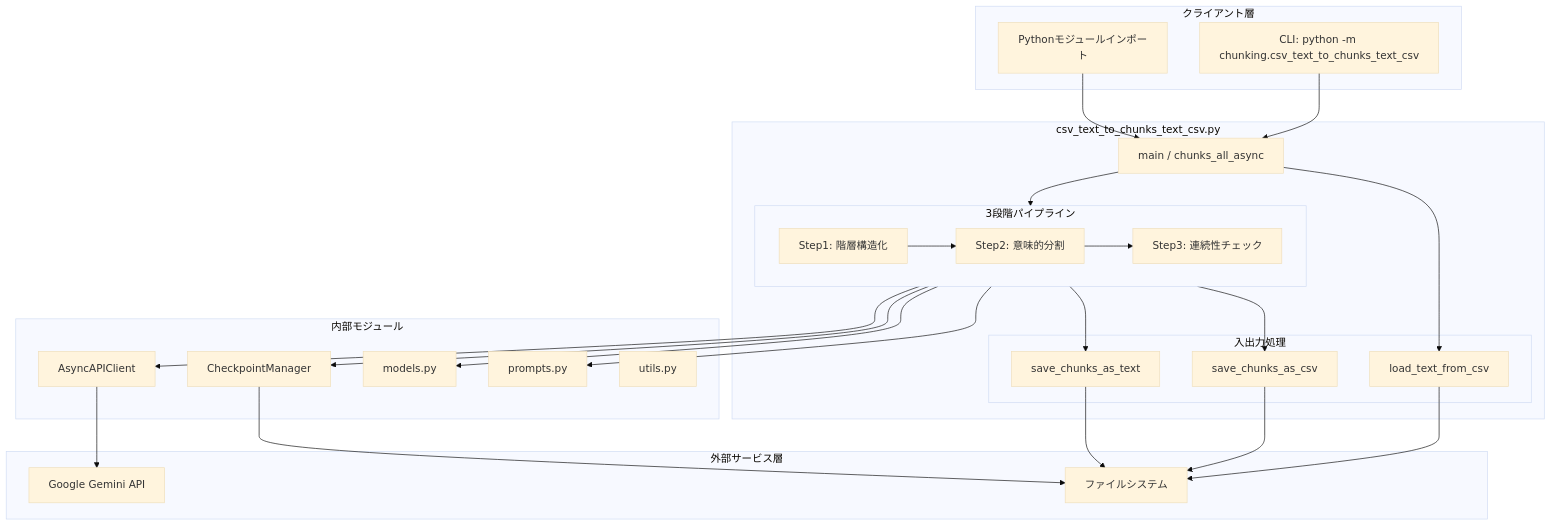
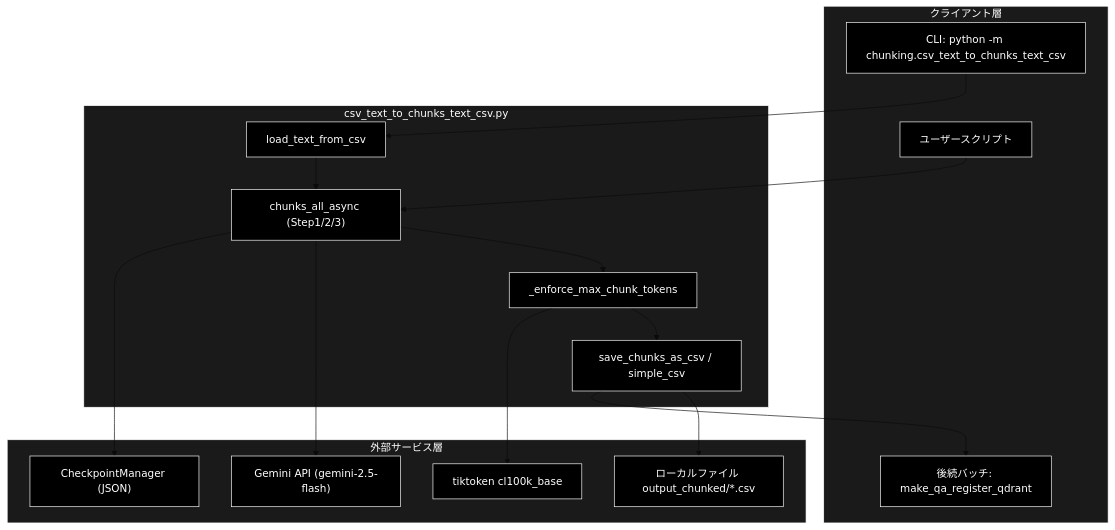
One commit to nakashima2toshio/anthropic_grace_agent_v2 changed the first of 3 diagrams in chunking/doc/csv_text_to_chunks_text_csv.md. Above: the diagram before and after it, drawn with Mermaid (base theme). The commit also changed other lines of this file and 4 other files, not shown here.

````diff
--- a/chunking/doc/csv_text_to_chunks_text_csv.md
+++ b/chunking/doc/csv_text_to_chunks_text_csv.md
@@ -58,57 +76,39 @@
 ```mermaid
 flowchart TB
     subgraph CLIENT["クライアント層"]
-        CLI[CLI: python -m chunking.csv_text_to_chunks_text_csv]
-        IMPORT[Pythonモジュールインポート]
+        CLI["CLI: python -m chunking.csv_text_to_chunks_text_csv"]
+        PIPE["後続バッチ: make_qa_register_qdrant"]
+        USER["ユーザースクリプト"]
     end
 
     subgraph MODULE["csv_text_to_chunks_text_csv.py"]
-        MAIN[main / chunks_all_async]
-
-        subgraph PIPELINE["3段階パイプライン"]
-            STEP1[Step1: 階層構造化]
-            STEP2[Step2: 意味的分割]
-            STEP3[Step3: 連続性チェック]
-        end
-
-        subgraph IO["入出力処理"]
-            LOAD[load_text_from_csv]
-            SAVE_CSV[save_chunks_as_csv]
-            SAVE_TXT[save_chunks_as_text]
-        end
-    end
-
-    subgraph INTERNAL["内部モジュール"]
-        API_CLIENT[AsyncAPIClient]
-        CHECKPOINT[CheckpointManager]
-        MODELS[models.py]
-        PROMPTS[prompts.py]
-        UTILS[utils.py]
+        LOAD["load_text_from_csv"]
+        PIPELINE["chunks_all_async (Step1/2/3)"]
+        ENFORCE["_enforce_max_chunk_tokens"]
+        SAVE["save_chunks_as_csv / simple_csv"]
     end
 
     subgraph EXTERNAL["外部サービス層"]
-        GEMINI[Google Gemini API]
-        FS[ファイルシステム]
+        LLM["Gemini API (gemini-2.5-flash)"]
+        TIKTOKEN["tiktoken cl100k_base"]
+        FS["ローカルファイル output_chunked/*.csv"]
+        CKPT["CheckpointManager (JSON)"]
     end
 
-    CLI --> MAIN
-    IMPORT --> MAIN
-    MAIN --> LOAD
-    MAIN --> PIPELINE
-    PIPELINE --> SAVE_CSV
-    PIPELINE --> SAVE_TXT
-
-    STEP1 --> STEP2
-    STEP2 --> STEP3
-
-    PIPELINE --> API_CLIENT
-    PIPELINE --> CHECKPOINT
-    PIPELINE --> MODELS
-    PIPELINE --> PROMPTS
-
-    API_CLIENT --> GEMINI
-    LOAD --> FS
-    SAVE_CSV --> FS
-    SAVE_TXT --> FS
-    CHECKPOINT --> FS
+    CLI --> LOAD
+    USER --> PIPELINE
+    LOAD --> PIPELINE
+    PIPELINE --> ENFORCE
+    ENFORCE --> SAVE
+    PIPELINE --> LLM
+    PIPELINE --> CKPT
+    ENFORCE --> TIKTOKEN
+    SAVE --> FS
+    SAVE --> PIPE
+classDef default fill:#000,stroke:#fff,color:#fff
+classDef subgraphStyle fill:#1a1a1a,stroke:#fff,color:#fff
+class CLI,PIPE,USER,LOAD,PIPELINE,ENFORCE,SAVE,LLM,TIKTOKEN,FS,CKPT default
+style CLIENT fill:#1a1a1a,stroke:#fff,color:#fff
+style MODULE fill:#1a1a1a,stroke:#fff,color:#fff
+style EXTERNAL fill:#1a1a1a,stroke:#fff,color:#fff
 ```
````
